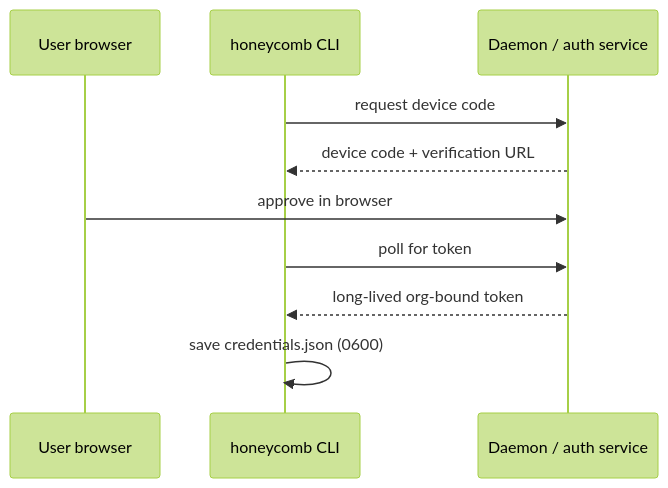
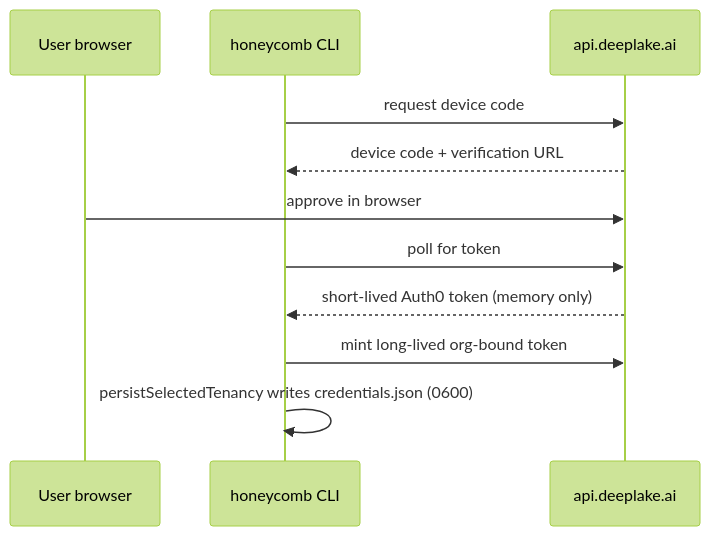
Before and after one commit to legioncodeinc/honeycomb: the first of 2 diagrams in library/knowledge/private/auth/auth-architecture.md, drawn with Mermaid (forest theme). The commit also changed other lines of this file and 279 other files, not shown here.

````diff
--- a/library/knowledge/private/auth/auth-architecture.md
+++ b/library/knowledge/private/auth/auth-architecture.md
@@ -26,13 +26,14 @@
 ```mermaid
 sequenceDiagram
     participant U as User browser
     participant C as honeycomb CLI
-    participant D as Daemon / auth service
+    participant A as api.deeplake.ai
 
-    C->>D: request device code
-    D-->>C: device code + verification URL
-    U->>D: approve in browser
-    C->>D: poll for token
-    D-->>C: long-lived org-bound token
-    C->>C: save credentials.json (0600)
+    C->>A: request device code
+    A-->>C: device code + verification URL
+    U->>A: approve in browser
+    C->>A: poll for token
+    A-->>C: short-lived Auth0 token (memory only)
+    C->>A: mint long-lived org-bound token
+    C->>C: persistSelectedTenancy writes credentials.json (0600)
 ```
````
